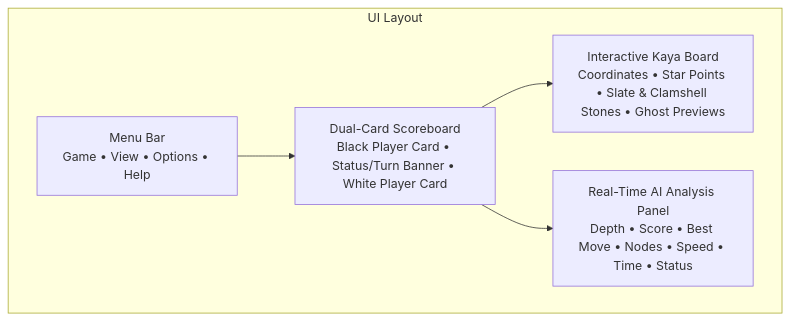
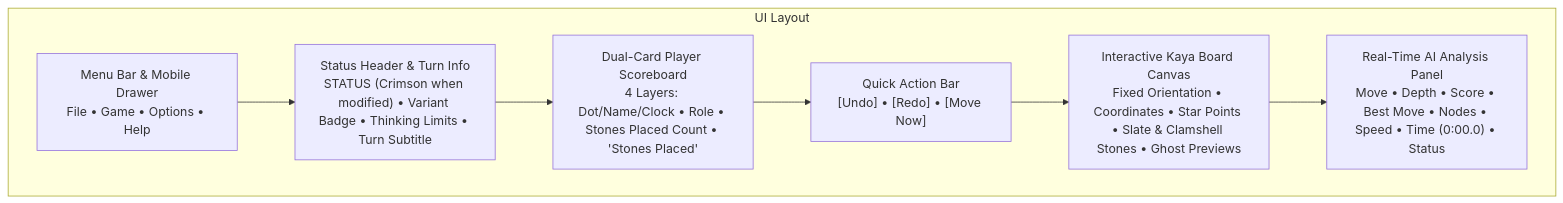
Before and after one commit to cjp-dev/Gomoku: the first of 3 diagrams in docs/brain/14-gui-and-settings.md, drawn with Mermaid. The commit also changed other lines of this file and 7 other files, not shown here.

````diff
--- a/docs/brain/14-gui-and-settings.md
+++ b/docs/brain/14-gui-and-settings.md
@@ -17,13 +17,17 @@
 ```mermaid
 graph TD
     subgraph UI Layout
-        MenuBar["Menu Bar<br/>Game • View • Options • Help"]
-        Scoreboard["Dual-Card Scoreboard<br/>Black Player Card • Status/Turn Banner • White Player Card"]
-        Board["Interactive Kaya Board<br/>Coordinates • Star Points • Slate &amp; Clamshell Stones • Ghost Previews"]
-        Analysis["Real-Time AI Analysis Panel<br/>Depth • Score • Best Move • Nodes • Speed • Time • Status"]
+        MenuBar["Menu Bar &amp; Mobile Drawer<br/>File • Game • Options • Help"]
+        StatusPanel["Status Header &amp; Turn Info<br/>STATUS (Crimson when modified) • Variant Badge • Thinking Limits • Turn Subtitle"]
+        Scoreboard["Dual-Card Player Scoreboard<br/>4 Layers: Dot/Name/Clock • Role • Stones Placed Count • 'Stones Placed'"]
+        QuickActions["Quick Action Bar<br/>[Undo] • [Redo] • [Move Now]"]
+        Board["Interactive Kaya Board Canvas<br/>Fixed Orientation • Coordinates • Star Points • Slate &amp; Clamshell Stones • Ghost Previews"]
+        Analysis["Real-Time AI Analysis Panel<br/>Move • Depth • Score • Best Move • Nodes • Speed • Time (0:00.0) • Status"]
     end
 
-    MenuBar --> Scoreboard
-    Scoreboard --> Board
-    Scoreboard --> Analysis
+    MenuBar --> StatusPanel
+    StatusPanel --> Scoreboard
+    Scoreboard --> QuickActions
+    QuickActions --> Board
+    Board --> Analysis
 ```
````
